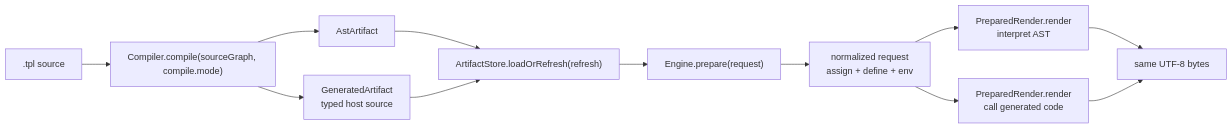
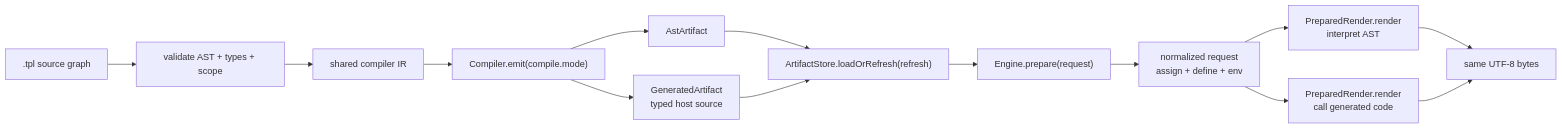
The fifth of 6 diagrams in docs/spec/runtime.ko.md (polyspec/template), drawn with Mermaid before and after one commit. The commit also changed 9 other files, not shown here.

Commit message:
Lower source graphs through a shared typed IR

````diff
--- a/docs/spec/runtime.ko.md
+++ b/docs/spec/runtime.ko.md
@@ -172,14 +172,16 @@
 ```mermaid
 flowchart LR
-  Source[".tpl source"] --> Compiler["Compiler.compile(sourceGraph, compile.mode)"]
+  Source[".tpl source graph"] --> Validate["validate AST + types + scope"]
+  Validate --> IR["shared compiler IR"]
+  IR --> Compiler["Compiler.emit(compile.mode)"]
   Compiler --> ASTArtifact["AstArtifact"]
   Compiler --> GenArtifact["GeneratedArtifact<br/>typed host source"]
   ASTArtifact --> Store["ArtifactStore.loadOrRefresh(refresh)"]
   GenArtifact --> Store
   Store --> Prepared["Engine.prepare(request)"]
   Prepared --> Normalized["normalized request<br/>assign + define + env"]
   Normalized --> ASTRender["PreparedRender.render<br/>interpret AST"]
   Normalized --> GenRender["PreparedRender.render<br/>call generated code"]
   ASTRender --> Bytes["same UTF-8 bytes"]
   GenRender --> Bytes
 ```
````
